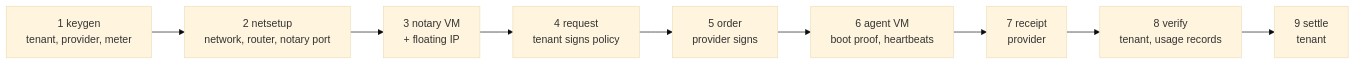
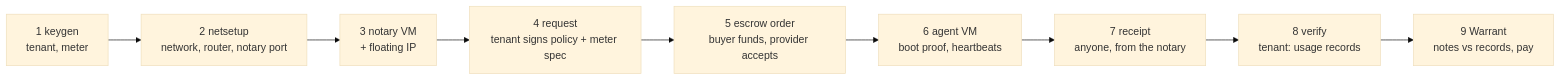
One commit to mnemonik-xyz/pocc changed the diagram in docs/run-stage0.md. Above: the diagram before and after it, drawn with Mermaid (base theme). The commit also changed other lines of this file and 19 other files, not shown here.

````diff
--- a/docs/run-stage0.md
+++ b/docs/run-stage0.md
@@ -6,11 +6,11 @@
 ```mermaid
 flowchart LR
-    K["1 keygen<br/>tenant, provider, meter"] --> NS["2 netsetup<br/>network, router, notary port"]
+    K["1 keygen<br/>tenant, meter"] --> NS["2 netsetup<br/>network, router, notary port"]
     NS --> NV["3 notary VM<br/>+ floating IP"]
-    NV --> RQ["4 request<br/>tenant signs policy"]
-    RQ --> OR["5 order<br/>provider signs"]
-    OR --> AV["6 agent VM<br/>boot proof, heartbeats"]
-    AV --> RC["7 receipt<br/>provider"]
-    RC --> VF["8 verify<br/>tenant, usage records"]
-    VF --> ST["9 settle<br/>tenant"]
+    NV --> RQ["4 request<br/>tenant signs policy + meter spec"]
+    RQ --> ES["5 escrow order<br/>buyer funds, provider accepts"]
+    ES --> AV["6 agent VM<br/>boot proof, heartbeats"]
+    AV --> RC["7 receipt<br/>anyone, from the notary"]
+    RC --> VF["8 verify<br/>tenant: usage records"]
+    VF --> WN["9 Warrant<br/>notes vs records, pay"]
 ```
````
